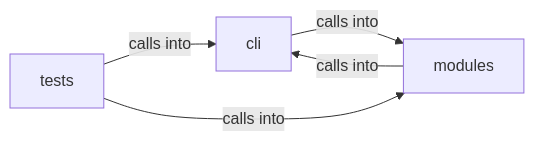
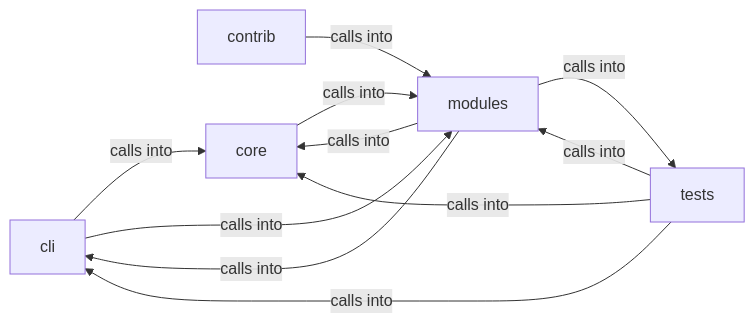
The diagram in readmenator-diagrams/modules_lazy_loop.md (grisuno/LazyOwn), drawn with Mermaid before and after one commit. The commit also changed other lines of this file and 1160 other files, not shown here.

````diff
--- a/readmenator-diagrams/modules_lazy_loop.md
+++ b/readmenator-diagrams/modules_lazy_loop.md
@@ -5,10 +5,18 @@
 ```mermaid
 graph LR
     cli["cli"]
+    contrib["contrib"]
+    core["core"]
     modules["modules"]
     tests["tests"]
+    cli -- "calls into" --> core
     cli -- "calls into" --> modules
+    contrib -- "calls into" --> modules
+    core -- "calls into" --> modules
     modules -- "calls into" --> cli
+    modules -- "calls into" --> core
+    modules -- "calls into" --> tests
     tests -- "calls into" --> cli
+    tests -- "calls into" --> core
     tests -- "calls into" --> modules
 ```
````
